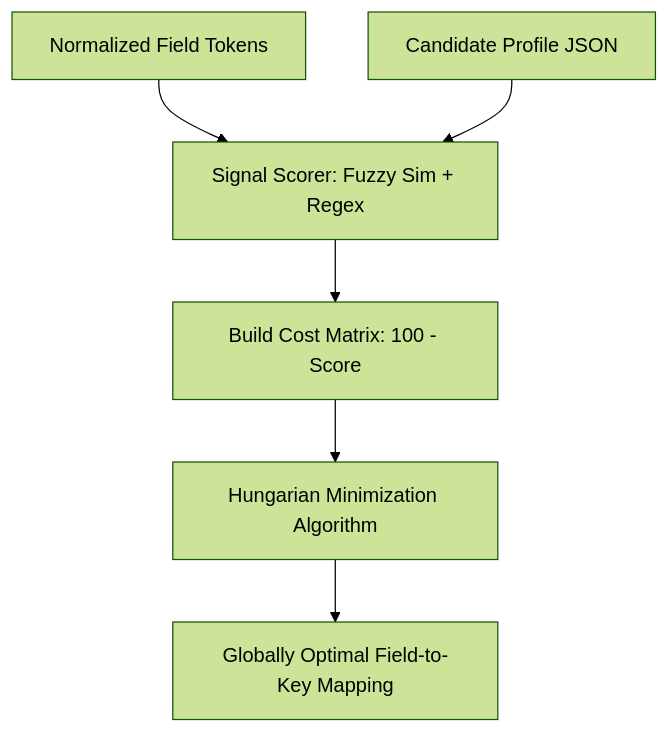
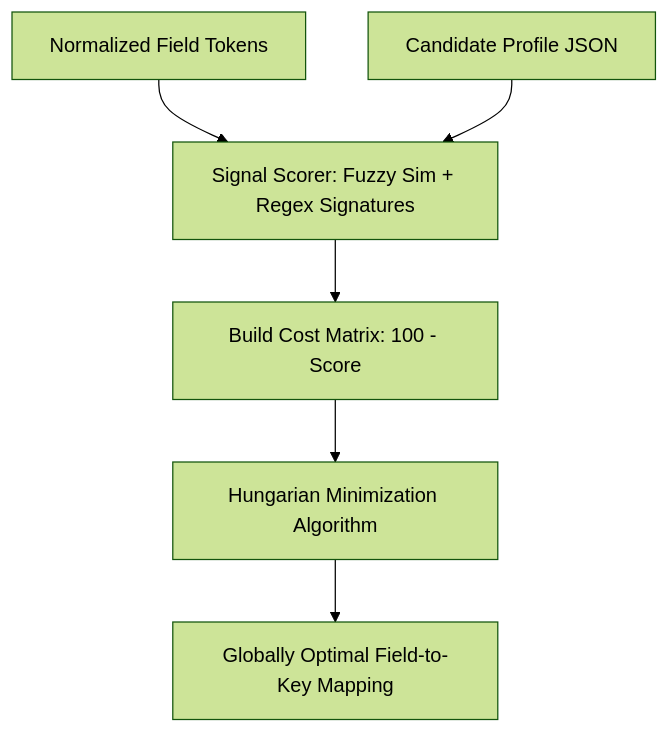
Before and after one commit to AhmadHassan-BTed/FormFilla: the second of 3 diagrams in README.md, drawn with Mermaid (forest theme). The commit also changed other lines of this file, not shown here.

````diff
--- a/README.md
+++ b/README.md
@@ -52,8 +94,8 @@
 ```mermaid
 flowchart TD
-    Tokens[Normalized Field Tokens] --> Scorer[Signal Scorer: Fuzzy Sim + Regex]
-    Profile[Candidate Profile JSON] --> Scorer
-    Scorer --> CostMatrix[Build Cost Matrix: 100 - Score]
-    CostMatrix --> Hungarian[Hungarian Minimization Algorithm]
-    Hungarian --> GlobalMatching[Globally Optimal Field-to-Key Mapping]
+    Tokens["Normalized Field Tokens"] --> Scorer["Signal Scorer: Fuzzy Sim + Regex Signatures"]
+    Profile["Candidate Profile JSON"] --> Scorer
+    Scorer --> CostMatrix["Build Cost Matrix: 100 - Score"]
+    CostMatrix --> Hungarian["Hungarian Minimization Algorithm"]
+    Hungarian --> GlobalMatching["Globally Optimal Field-to-Key Mapping"]
 ```
````
